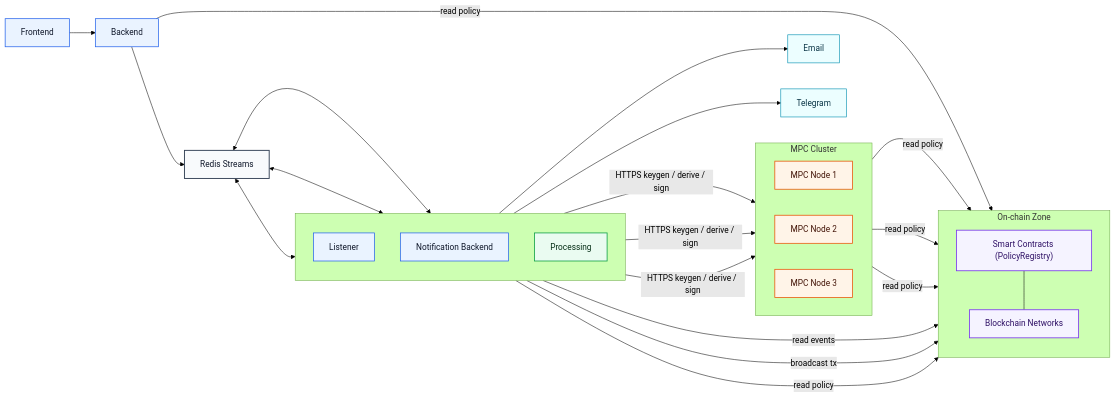
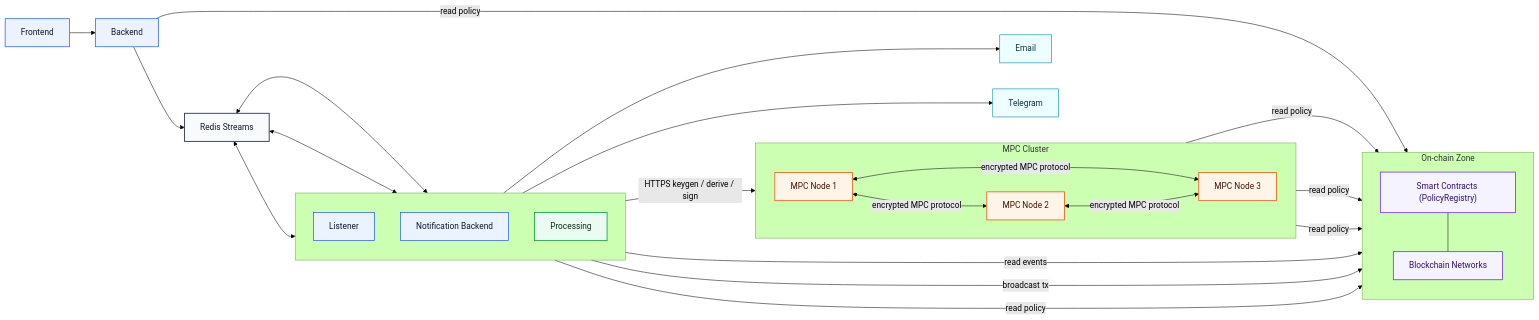
The diagram in ARCHITECTURE.md (fort-vault/fortvault-documentation), drawn with Mermaid (forest theme) before and after one commit. The commit also changed other lines of this file and 2 other files, not shown here.

````diff
--- a/ARCHITECTURE.md
+++ b/ARCHITECTURE.md
@@ -34,59 +34,60 @@
 ```mermaid
 flowchart LR
   %% ---------- Styles ----------
   classDef app fill:#eaf3ff,stroke:#2563eb,color:#0f172a,stroke-width:1.4px;
   classDef core fill:#eafbf1,stroke:#16a34a,color:#052e16,stroke-width:1.6px;
   classDef infra fill:#f8fafc,stroke:#334155,color:#0f172a,stroke-width:1.8px;
   classDef onchain fill:#f5f3ff,stroke:#7c3aed,color:#2e1065,stroke-width:1.6px;
   classDef mpc fill:#fff4e8,stroke:#ea580c,color:#431407,stroke-width:1.5px;
   classDef comm fill:#ecfeff,stroke:#0891b2,color:#083344,stroke-width:1.2px;
 
   %% ---------- Left to right base ----------
   FE["Frontend"]:::app --> BE["Backend"]:::app
   BE --> REDIS["Redis Streams"]:::infra
 
   %% ---------- After Redis: top to bottom ----------
   subgraph SVC[" "]
     direction TB
     LIS["Listener"]:::app
     NOTI["Notification Backend"]:::app
     PROC["Processing"]:::core
   end
 
   REDIS <--> LIS
   REDIS <--> NOTI
   REDIS <--> PROC
 
   %% ---------- On-chain right ----------
   subgraph ONC["On-chain Zone"]
     direction TB
     SC["Smart Contracts (PolicyRegistry)"]:::onchain
     BC["Blockchain Networks"]:::onchain
     SC --- BC
   end
 
   LIS -->|read events| BC
   PROC -->|broadcast tx| BC
   BE -->|read policy| SC
   PROC -->|read policy| SC
 
   %% ---------- MPC bottom-right ----------
   subgraph MPCZ["MPC Cluster"]
     direction LR
     MPC1["MPC Node 1"]:::mpc
     MPC2["MPC Node 2"]:::mpc
     MPC3["MPC Node 3"]:::mpc
   end
 
   PROC -->|HTTPS keygen / derive / sign| MPC1
-  PROC -->|HTTPS keygen / derive / sign| MPC2
-  PROC -->|HTTPS keygen / derive / sign| MPC3
+  MPC1 <-->|encrypted MPC protocol| MPC2
+  MPC1 <-->|encrypted MPC protocol| MPC3
+  MPC2 <-->|encrypted MPC protocol| MPC3
 
   MPC1 -->|read policy| SC
   MPC2 -->|read policy| SC
   MPC3 -->|read policy| SC
 
   %% ---------- Optional notification sinks ----------
   NOTI --> EMAIL["Email"]:::comm
   NOTI --> TG["Telegram"]:::comm
 ```
````
